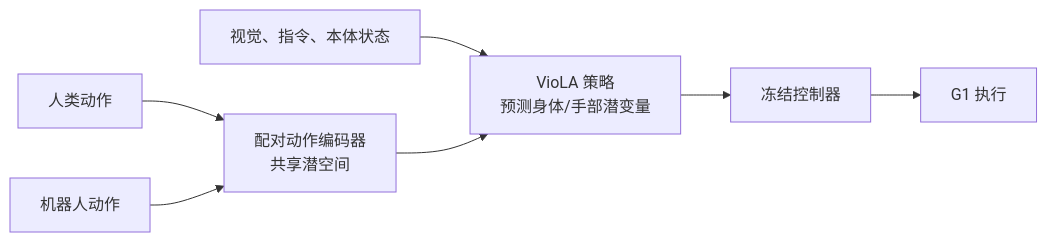
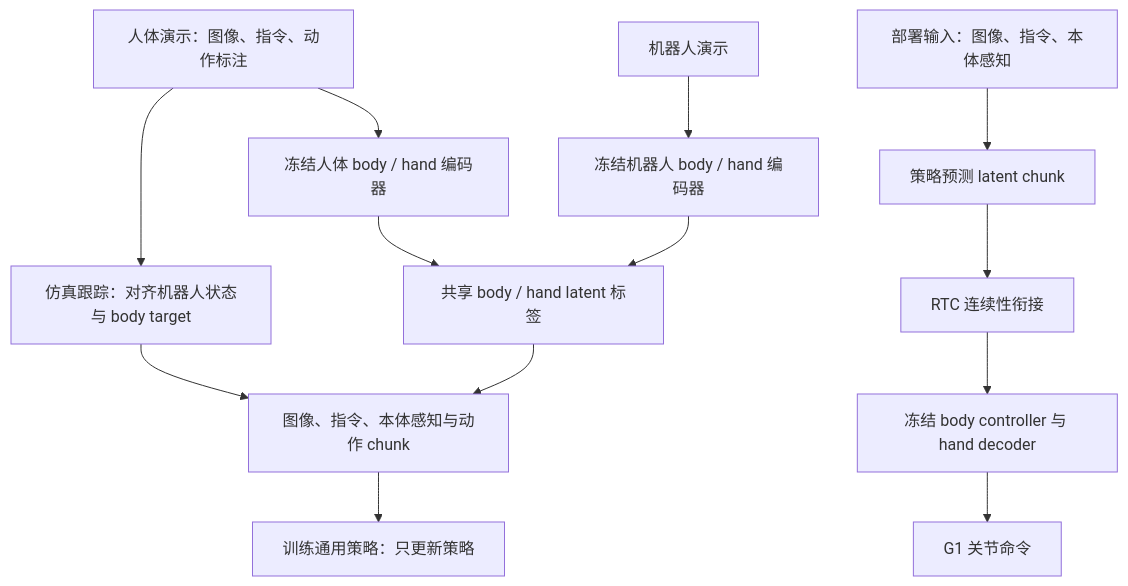
Before and after one commit to ImChong/Robotics_Notebooks: the diagram in wiki/entities/paper-viola-human-data-control.md, drawn with Mermaid. The commit also changed other lines of this file and 5 other files, not shown here.

````diff
--- a/wiki/entities/paper-viola-human-data-control.md
+++ b/wiki/entities/paper-viola-human-data-control.md
@@ -44,7 +53,15 @@
 ```mermaid
-flowchart LR
-  human["人类动作"] --> enc["配对动作编码器\n共享潜空间"]
-  robot["机器人动作"] --> enc
-  obs["视觉、指令、本体状态"] --> policy["VioLA 策略\n预测身体/手部潜变量"]
-  enc --> policy --> ctrl["冻结控制器"] --> g1["G1 执行"]
+flowchart TD
+  A["人体演示：图像、指令、动作标注"] --> B["冻结人体 body / hand 编码器"]
+  C["机器人演示"] --> D["冻结机器人 body / hand 编码器"]
+  B --> E["共享 body / hand latent 标签"]
+  D --> E
+  A --> F["仿真跟踪：对齐机器人状态与 body target"]
+  F --> G["图像、指令、本体感知与动作 chunk"]
+  E --> G
+  G --> H["训练通用策略：只更新策略"]
+  I["部署输入：图像、指令、本体感知"] --> J["策略预测 latent chunk"]
+  J --> K["RTC 连续性衔接"]
+  K --> L["冻结 body controller 与 hand decoder"]
+  L --> M["G1 关节命令"]
 ```
````
